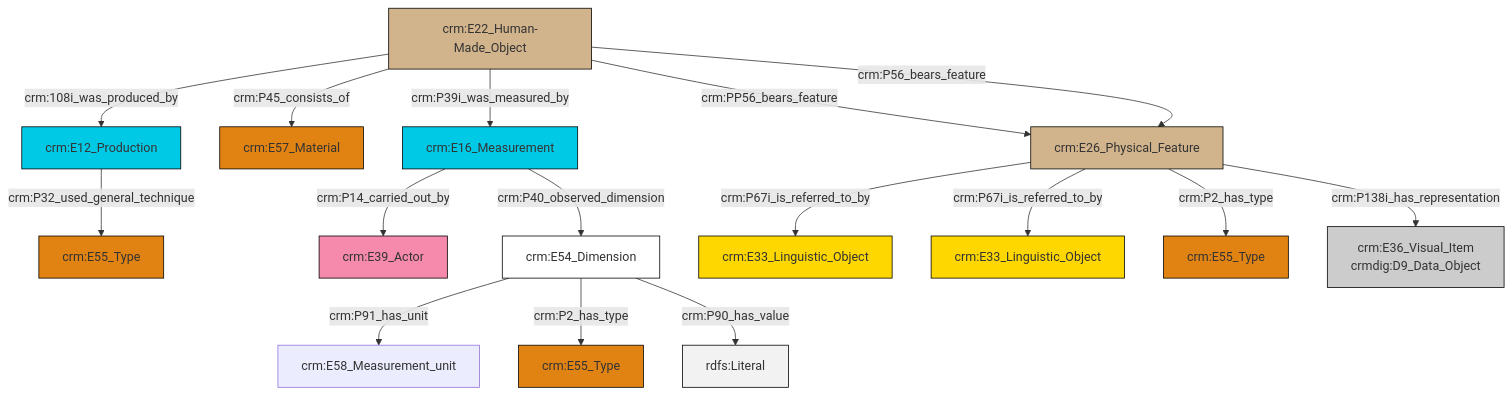
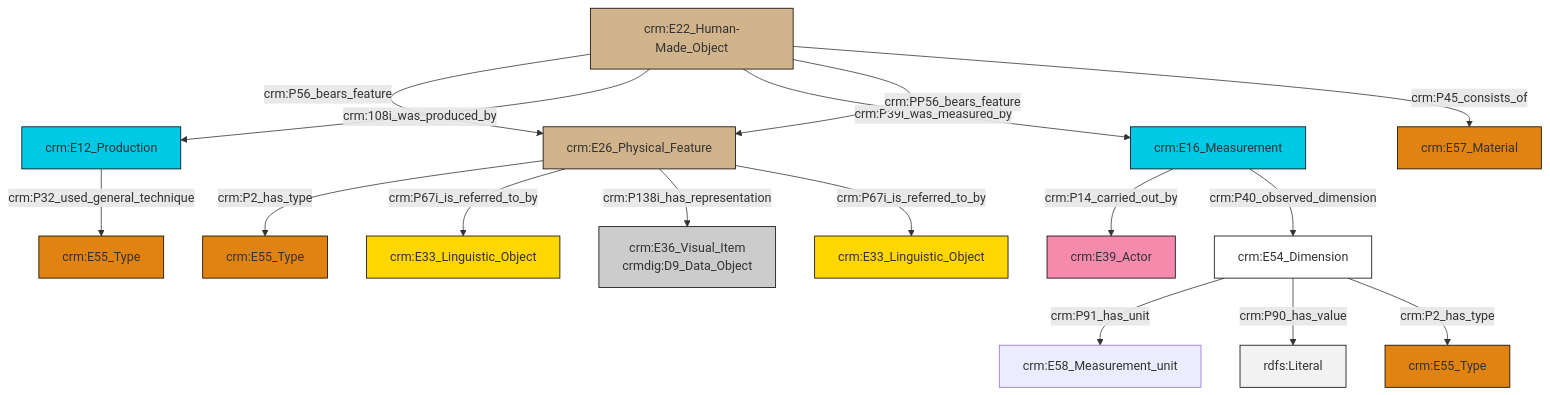
Before and after one commit to swiss-art-research-net/docs.swissartresearch: the diagram in et/carrierCSV/ttl/mmd/carrier_substance.ttl.mmd, drawn with Mermaid. The commit also changed 176 other files, not shown here.

```diff
--- a/et/carrierCSV/ttl/mmd/carrier_substance.ttl.mmd
+++ b/et/carrierCSV/ttl/mmd/carrier_substance.ttl.mmd
@@ -1,30 +1,30 @@
 graph TD
 classDef Literal fill:#f2f2f2,stroke:#000000;
 classDef CRM_Entity fill:#FFFFFF,stroke:#000000;
 classDef Temporal_Entity fill:#00C9E6, stroke:#000000;
 classDef Type fill:#E18312, stroke:#000000;
 classDef Time-Span fill:#2C9C91, stroke:#000000;
 classDef Appellation fill:#FFEB7F, stroke:#000000;
 classDef Place fill:#008836, stroke:#000000;
 classDef Persistent_Item fill:#B266B2, stroke:#000000;
 classDef Conceptual_Object fill:#FFD700, stroke:#000000;
 classDef Physical_Thing fill:#D2B48C, stroke:#000000;
 classDef Actor fill:#f58aad, stroke:#000000;
 classDef PC_Classes fill:#4ce600, stroke:#000000;
 classDef Multi fill:#cccccc,stroke:#000000;
 
-0["crm:E16_Measurement"]:::Temporal_Entity -->|crm:P14_carried_out_by| 1["crm:E39_Actor"]:::Actor
-2["crm:E26_Physical_Feature"]:::Physical_Thing -->|crm:P67i_is_referred_to_by| 3["crm:E33_Linguistic_Object"]:::Conceptual_Object
-0["crm:E16_Measurement"]:::Temporal_Entity -->|crm:P40_observed_dimension| 4["crm:E54_Dimension"]:::CRM_Entity
-5["crm:E12_Production"]:::Temporal_Entity -->|crm:P32_used_general_technique| 6["crm:E55_Type"]:::Type
-2["crm:E26_Physical_Feature"]:::Physical_Thing -->|crm:P67i_is_referred_to_by| 8["crm:E33_Linguistic_Object"]:::Conceptual_Object
-11["crm:E22_Human-Made_Object"]:::Physical_Thing -->|crm:108i_was_produced_by| 5["crm:E12_Production"]:::Temporal_Entity
-11["crm:E22_Human-Made_Object"]:::Physical_Thing -->|crm:P45_consists_of| 18["crm:E57_Material"]:::Type
-4["crm:E54_Dimension"]:::CRM_Entity -->|crm:P91_has_unit| 19["crm:E58_Measurement_unit"]:::Default
-2["crm:E26_Physical_Feature"]:::Physical_Thing -->|crm:P2_has_type| 22["crm:E55_Type"]:::Type
-4["crm:E54_Dimension"]:::CRM_Entity -->|crm:P2_has_type| 9["crm:E55_Type"]:::Type
-11["crm:E22_Human-Made_Object"]:::Physical_Thing -->|crm:P39i_was_measured_by| 0["crm:E16_Measurement"]:::Temporal_Entity
-2["crm:E26_Physical_Feature"]:::Physical_Thing -->|crm:P138i_has_representation| 16["crm:E36_Visual_Item<br>crmdig:D9_Data_Object"]:::Multi
-11["crm:E22_Human-Made_Object"]:::Physical_Thing -->|crm:PP56_bears_feature| 2["crm:E26_Physical_Feature"]:::Physical_Thing
-11["crm:E22_Human-Made_Object"]:::Physical_Thing -->|crm:P56_bears_feature| 2["crm:E26_Physical_Feature"]:::Physical_Thing
-4["crm:E54_Dimension"]:::CRM_Entity -->|crm:P90_has_value| 29[rdfs:Literal]:::Literal
+0["crm:E26_Physical_Feature"]:::Physical_Thing -->|crm:P2_has_type| 1["crm:E55_Type"]:::Type
+0["crm:E26_Physical_Feature"]:::Physical_Thing -->|crm:P67i_is_referred_to_by| 2["crm:E33_Linguistic_Object"]:::Conceptual_Object
+8["crm:E22_Human-Made_Object"]:::Physical_Thing -->|crm:P56_bears_feature| 0["crm:E26_Physical_Feature"]:::Physical_Thing
+0["crm:E26_Physical_Feature"]:::Physical_Thing -->|crm:P138i_has_representation| 4["crm:E36_Visual_Item<br>crmdig:D9_Data_Object"]:::Multi
+9["crm:E16_Measurement"]:::Temporal_Entity -->|crm:P14_carried_out_by| 10["crm:E39_Actor"]:::Actor
+11["crm:E12_Production"]:::Temporal_Entity -->|crm:P32_used_general_technique| 12["crm:E55_Type"]:::Type
+6["crm:E54_Dimension"]:::CRM_Entity -->|crm:P91_has_unit| 17["crm:E58_Measurement_unit"]:::Default
+8["crm:E22_Human-Made_Object"]:::Physical_Thing -->|crm:108i_was_produced_by| 11["crm:E12_Production"]:::Temporal_Entity
+6["crm:E54_Dimension"]:::CRM_Entity -->|crm:P90_has_value| 26[rdfs:Literal]:::Literal
+8["crm:E22_Human-Made_Object"]:::Physical_Thing -->|crm:P39i_was_measured_by| 9["crm:E16_Measurement"]:::Temporal_Entity
+8["crm:E22_Human-Made_Object"]:::Physical_Thing -->|crm:PP56_bears_feature| 0["crm:E26_Physical_Feature"]:::Physical_Thing
+0["crm:E26_Physical_Feature"]:::Physical_Thing -->|crm:P67i_is_referred_to_by| 14["crm:E33_Linguistic_Object"]:::Conceptual_Object
+6["crm:E54_Dimension"]:::CRM_Entity -->|crm:P2_has_type| 18["crm:E55_Type"]:::Type
+8["crm:E22_Human-Made_Object"]:::Physical_Thing -->|crm:P45_consists_of| 23["crm:E57_Material"]:::Type
+9["crm:E16_Measurement"]:::Temporal_Entity -->|crm:P40_observed_dimension| 6["crm:E54_Dimension"]:::CRM_Entity
```
